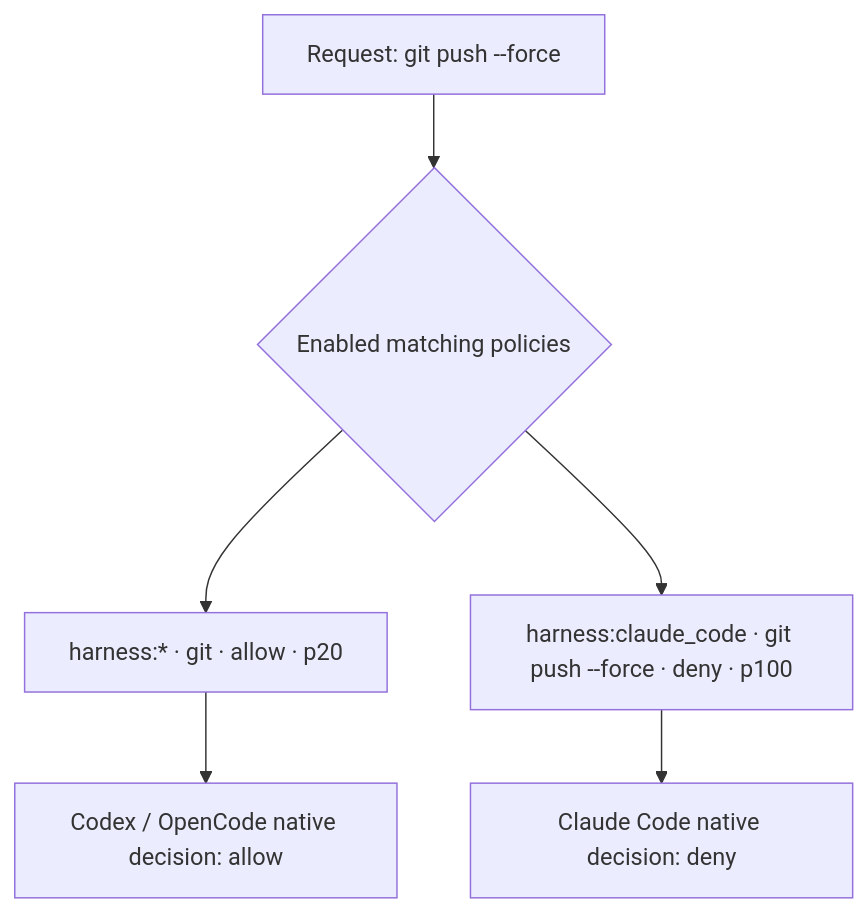
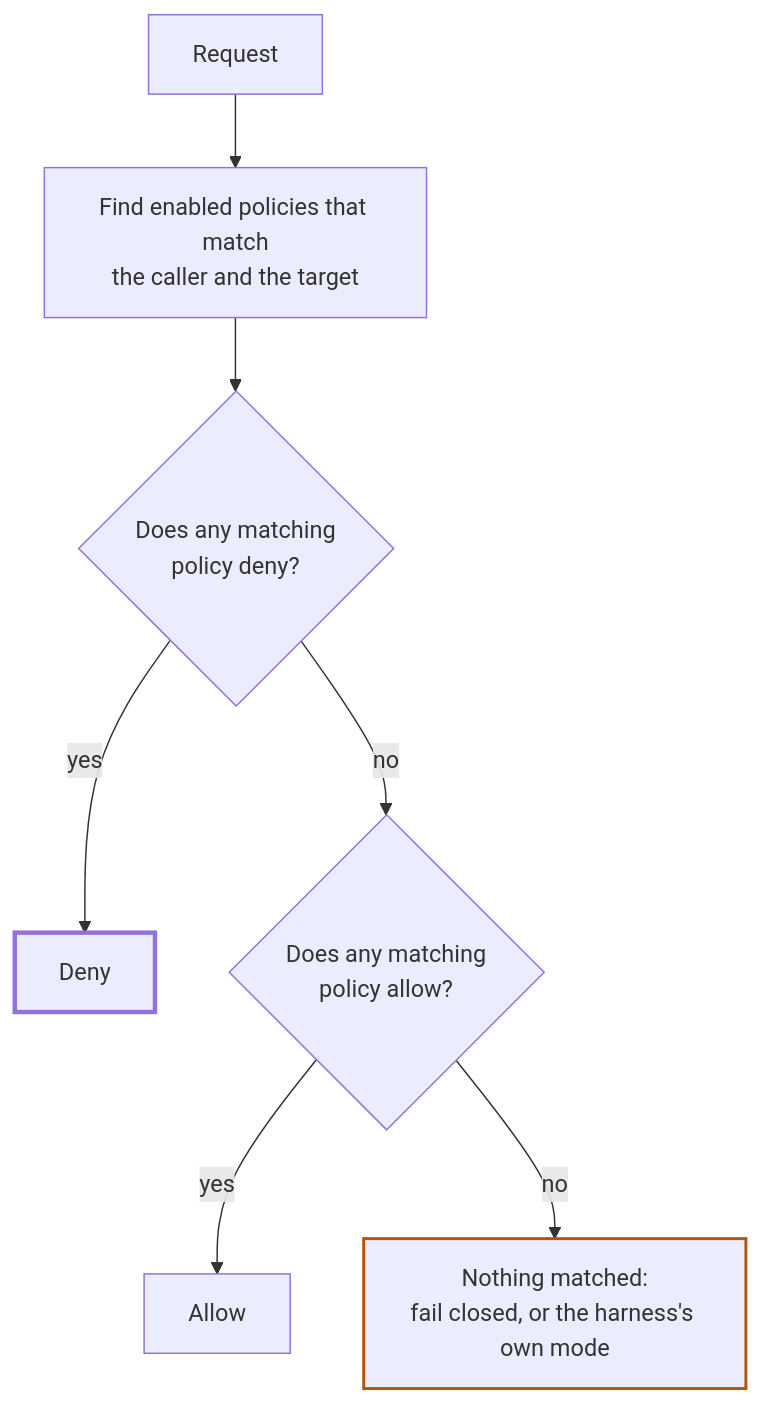
One commit to HaikeiLabs/docs changed the first of 5 diagrams in content/kei/reference/how-kei-decides.md. Above: the diagram before and after it, drawn with Mermaid. The commit also changed other lines of this file and 14 other files, not shown here.

First line of the commit message:
docs(kei): document deny-overrides policy decisions (HAI-620) (#32)

````diff
--- a/content/kei/reference/how-kei-decides.md
+++ b/content/kei/reference/how-kei-decides.md
@@ -95,8 +17,13 @@
 ```mermaid
 flowchart TD
-  A["Request: git push --force"] --> B{"Enabled matching policies"}
-  B --> C["harness:* · git · allow · p20"]
-  B --> D["harness:claude_code · git push --force · deny · p100"]
-  D --> E["Claude Code native decision: deny"]
-  C --> F["Codex / OpenCode native decision: allow"]
+  A["Request"] --> B["Find enabled policies that match<br/>the caller and the target"]
+  B --> C{"Does any matching<br/>policy deny?"}
+  C -->|"yes"| D["Deny"]
+  C -->|"no"| E{"Does any matching<br/>policy allow?"}
+  E -->|"yes"| F["Allow"]
+  E -->|"no"| G["Nothing matched:<br/>fail closed, or the harness's own mode"]
+  classDef deny stroke-width:3px
+  classDef warn stroke:#b45309,stroke-width:2px
+  class D deny
+  class G warn
 ```
````
